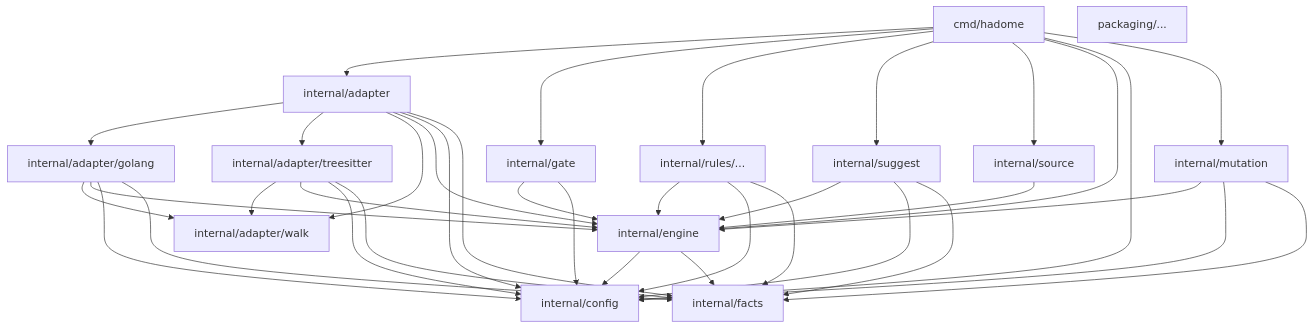
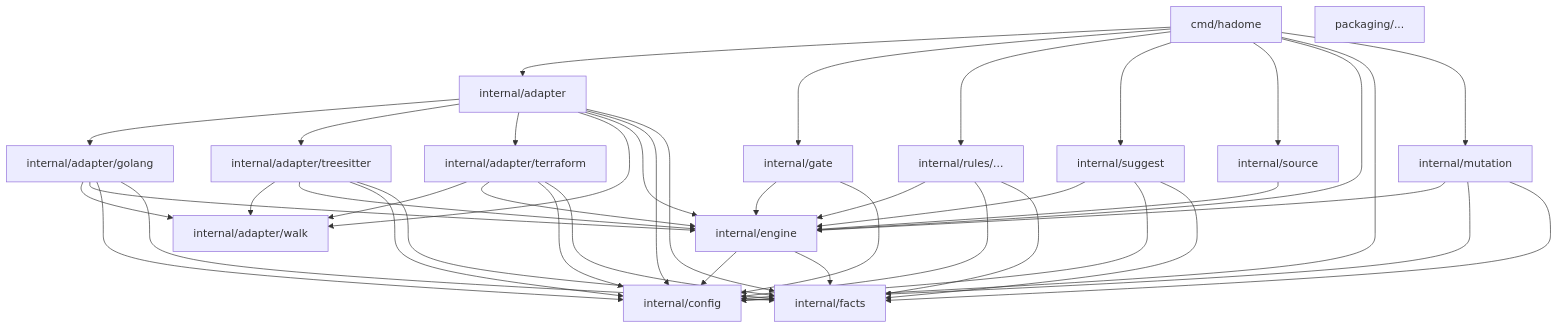
Before and after one commit to rerorets/hadome: the diagram in docs/design/dependencies.ja.md, drawn with Mermaid. The commit also changed 11 other files, not shown here.

````diff
--- a/docs/design/dependencies.ja.md
+++ b/docs/design/dependencies.ja.md
@@ -5,16 +5,16 @@
 ```mermaid
 flowchart TB
   cmd["cmd/hadome"] --> adapter["internal/adapter"] & gate["internal/gate"] & rules["internal/rules/..."]
   cmd --> suggest["internal/suggest"] & source["internal/source"] & engine["internal/engine"] & config["internal/config"]
   cmd --> mutation["internal/mutation"]
-  adapter --> golang["internal/adapter/golang"] & treesitter["internal/adapter/treesitter"]
-  adapter & golang & treesitter --> walk["internal/adapter/walk"]
-  adapter & golang & treesitter --> engine & config & facts["internal/facts"]
+  adapter --> golang["internal/adapter/golang"] & treesitter["internal/adapter/treesitter"] & terraform["internal/adapter/terraform"]
+  adapter & golang & treesitter & terraform --> walk["internal/adapter/walk"]
+  adapter & golang & treesitter & terraform --> engine & config & facts["internal/facts"]
   engine --> config & facts
   gate --> engine & config
   rules --> engine & config & facts
   suggest --> engine & config & facts
   source --> engine
   mutation --> engine & config & facts
   packaging["packaging/..."]
 ```
````
